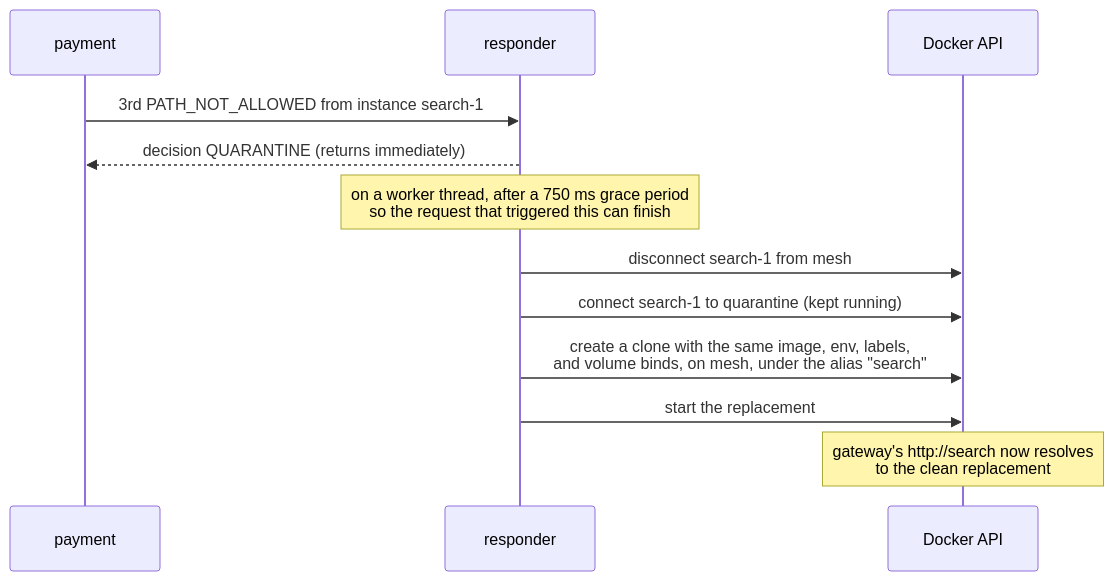
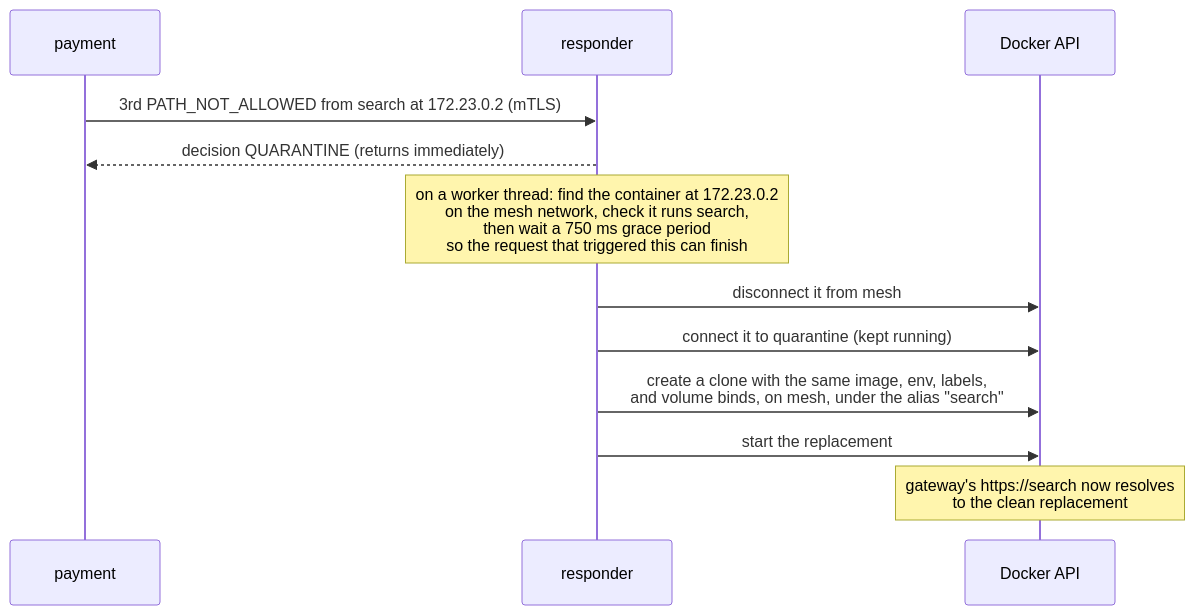
Before and after one commit to dumbsly/paztport: the sixth of 6 diagrams in poc-demos/java-mesh/README.md, drawn with Mermaid. The commit also changed other lines of this file and 8 other files, not shown here.

Commit message:
docs: Java v3 over HTTP with mTLS — spec, SDK and demo docs

````diff
--- a/poc-demos/java-mesh/README.md
+++ b/poc-demos/java-mesh/README.md
@@ -242,15 +310,15 @@
 ```mermaid
 sequenceDiagram
     participant P as payment
     participant R as responder
     participant D as Docker API
 
-    P->>R: 3rd PATH_NOT_ALLOWED from instance search-1
+    P->>R: 3rd PATH_NOT_ALLOWED from search at 172.23.0.2 (mTLS)
     R-->>P: decision QUARANTINE (returns immediately)
-    Note over R: on a worker thread, after a 750 ms grace period<br/>so the request that triggered this can finish
-    R->>D: disconnect search-1 from mesh
-    R->>D: connect search-1 to quarantine (kept running)
+    Note over R: on a worker thread: find the container at 172.23.0.2<br/>on the mesh network, check it runs search,<br/>then wait a 750 ms grace period<br/>so the request that triggered this can finish
+    R->>D: disconnect it from mesh
+    R->>D: connect it to quarantine (kept running)
     R->>D: create a clone with the same image, env, labels,<br/>and volume binds, on mesh, under the alias "search"
     R->>D: start the replacement
-    Note over D: gateway's http://search now resolves<br/>to the clean replacement
+    Note over D: gateway's https://search now resolves<br/>to the clean replacement
 ```
````
